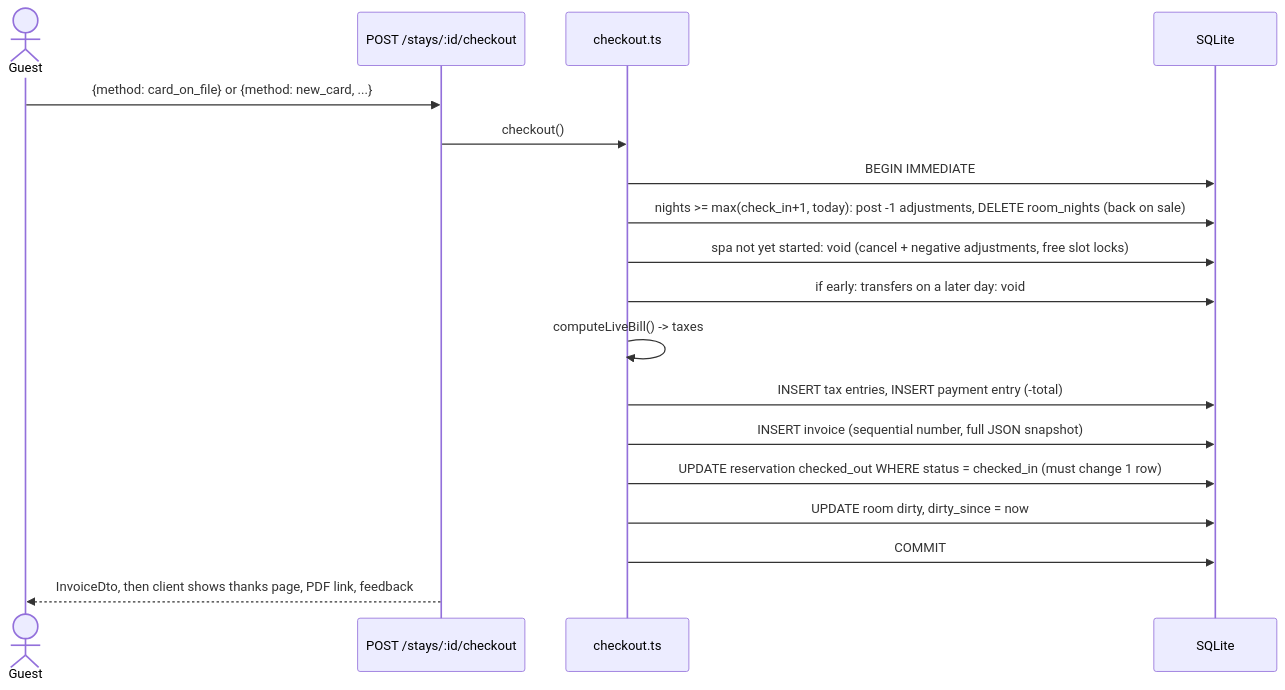
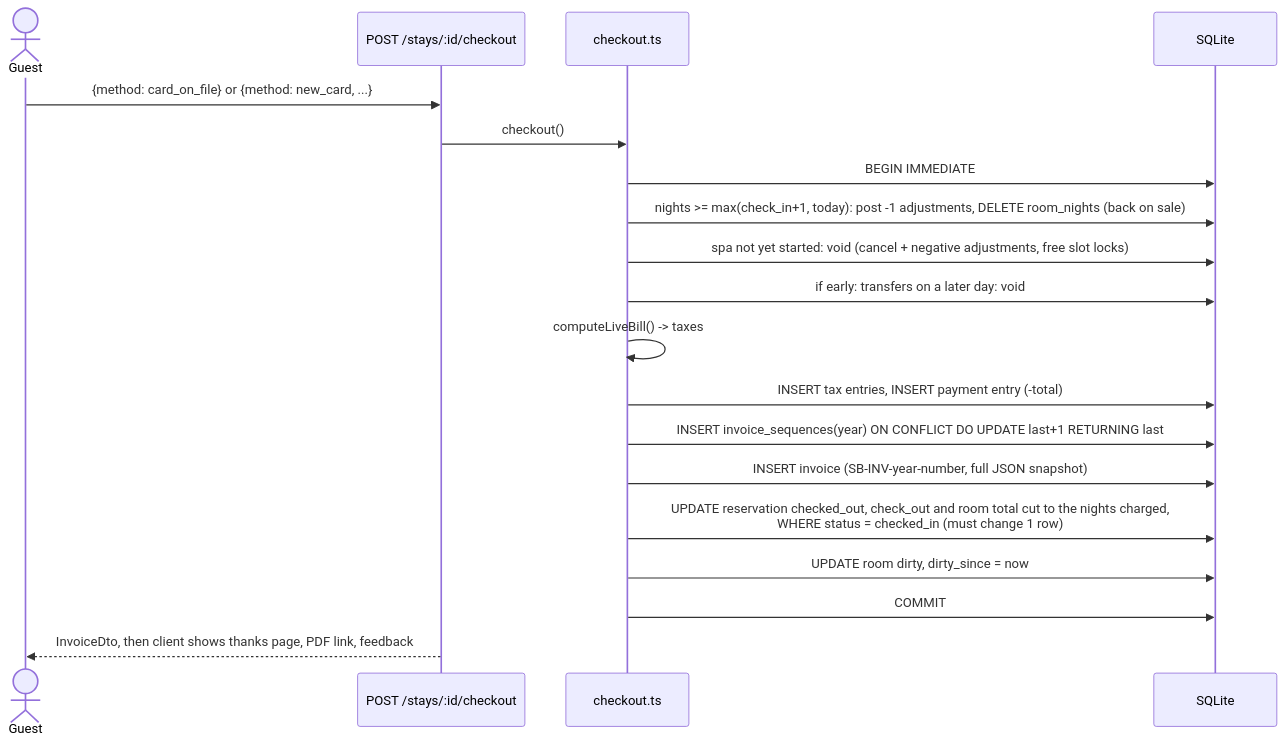
One commit to pRiMeXoMeGa/white-label-hms changed the seventh of 7 diagrams in docs/02-low-level-design.md. Above: the diagram before and after it, drawn with Mermaid. The commit also changed other lines of this file and 78 other files, not shown here.

````diff
--- a/docs/02-low-level-design.md
+++ b/docs/02-low-level-design.md
@@ -232,20 +237,21 @@
 ```mermaid
 sequenceDiagram
   actor G as Guest
   participant API as POST /stays/:id/checkout
   participant CO as checkout.ts
   participant DB as SQLite
   G->>API: {method: card_on_file} or {method: new_card, ...}
   API->>CO: checkout()
   CO->>DB: BEGIN IMMEDIATE
   CO->>DB: nights >= max(check_in+1, today): post -1 adjustments, DELETE room_nights (back on sale)
   CO->>DB: spa not yet started: void (cancel + negative adjustments, free slot locks)
   CO->>DB: if early: transfers on a later day: void
   CO->>CO: computeLiveBill() -> taxes
   CO->>DB: INSERT tax entries, INSERT payment entry (-total)
-  CO->>DB: INSERT invoice (sequential number, full JSON snapshot)
-  CO->>DB: UPDATE reservation checked_out WHERE status = checked_in (must change 1 row)
+  CO->>DB: INSERT invoice_sequences(year) ON CONFLICT DO UPDATE last+1 RETURNING last
+  CO->>DB: INSERT invoice (SB-INV-year-number, full JSON snapshot)
+  CO->>DB: UPDATE reservation checked_out, check_out and room total cut to the nights charged,<br/>WHERE status = checked_in (must change 1 row)
   CO->>DB: UPDATE room dirty, dirty_since = now
   CO->>DB: COMMIT
   API-->>G: InvoiceDto, then client shows thanks page, PDF link, feedback
 ```
````
